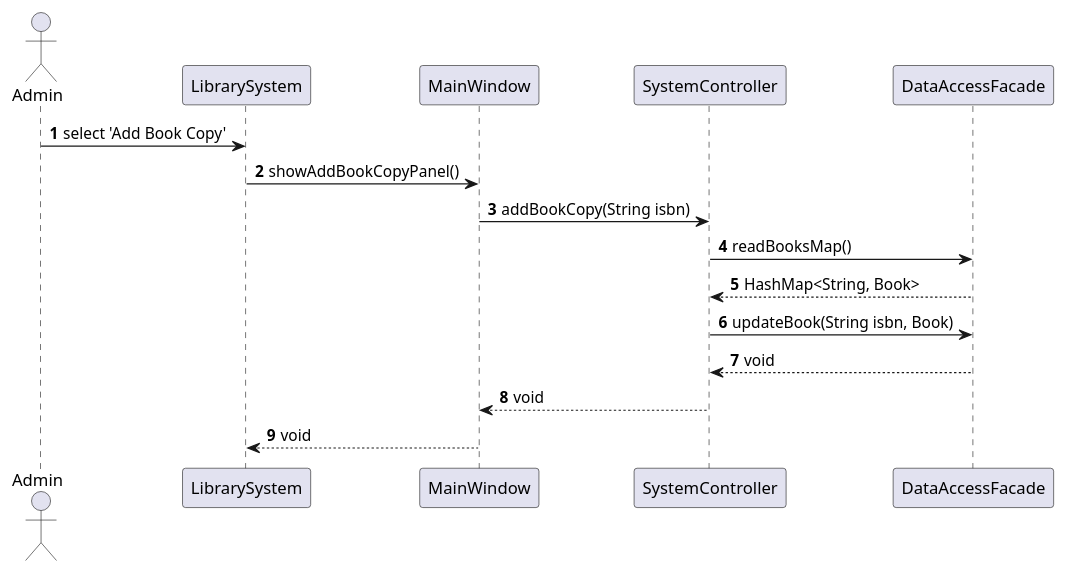
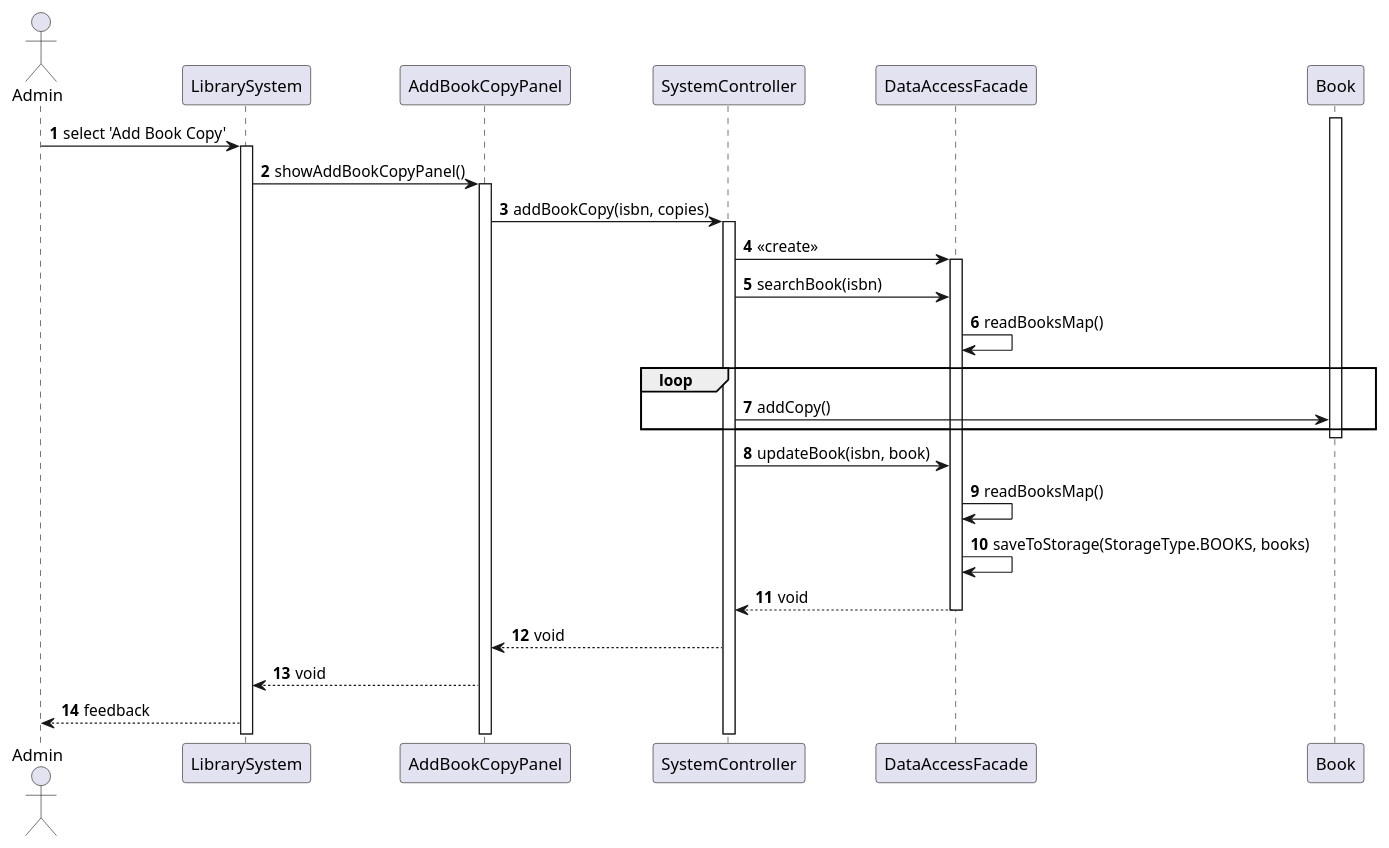
Before and after one commit to mohammed-almassri/LibraryGroupD: the diagram in src/uml/seq4.puml, drawn with PlantUML. The commit also changed other lines of this file and 3 other files, not shown here.

```diff
--- a/src/uml/seq4.puml
+++ b/src/uml/seq4.puml
@@ -1,19 +1,45 @@
 @startuml
 autonumber
 actor Admin as A
 participant "LibrarySystem" as LS
-participant "MainWindow" as MW
+participant "AddBookCopyPanel" as MW
 participant "SystemController" as SC
 participant "DataAccessFacade" as DAF
+participant "Book" as BK
 
 A -> LS : select 'Add Book Copy'
+activate LS
+
 LS -> MW : showAddBookCopyPanel()
-MW -> SC : addBookCopy(String isbn)
-SC -> DAF : readBooksMap()
-DAF --> SC : HashMap<String, Book>
-SC -> DAF : updateBook(String isbn, Book)
+activate MW
+
+MW -> SC : addBookCopy(isbn, copies)
+activate SC
+
+SC -> DAF : <<create>>
+activate DAF
+
+SC -> DAF : searchBook(isbn)
+DAF -> DAF : readBooksMap()
+loop
+    SC -> BK : addCopy()
+end
+activate BK
+deactivate BK
+
+SC -> DAF : updateBook(isbn, book)
+DAF -> DAF : readBooksMap()
+'DAF -> BK : put(isbn, book)
+DAF -> DAF : saveToStorage(StorageType.BOOKS, books)
 DAF --> SC : void
+deactivate DAF
+
+
+'DAF --> SC : HashMap<String, Book>
+'SC -> DAF : updateBook(String isbn, Book)
+'DAF --> SC : void
 SC --> MW : void
 MW --> LS : void
+LS --> A : feedback
 
 @enduml
```
